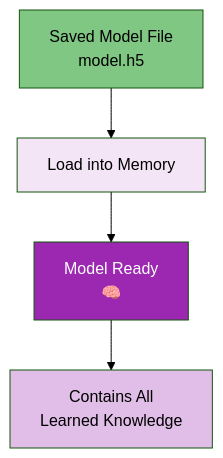
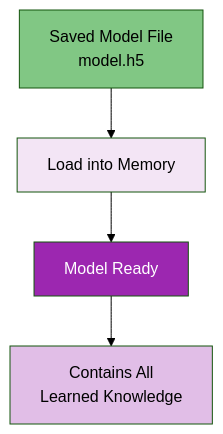
One commit to SITES-spectral/phenocai changed the third of 19 diagrams in docs/workflow_prediction.md. Above: the diagram before and after it, drawn with Mermaid (forest theme). The commit also changed other lines of this file and 22 other files, not shown here.

````diff
--- a/docs/workflow_prediction.md
+++ b/docs/workflow_prediction.md
@@ -41,11 +41,11 @@
 ```mermaid
 graph TD
     A[Saved Model File<br/>model.h5] --> B[Load into Memory]
-    B --> C[Model Ready<br/>🧠]
+    B --> C[Model Ready]
     C --> D[Contains All<br/>Learned Knowledge]
     
     style A fill:#81c784
     style B fill:#f3e5f5
     style C fill:#9c27b0,color:#fff
     style D fill:#e1bee7
 ```
````
